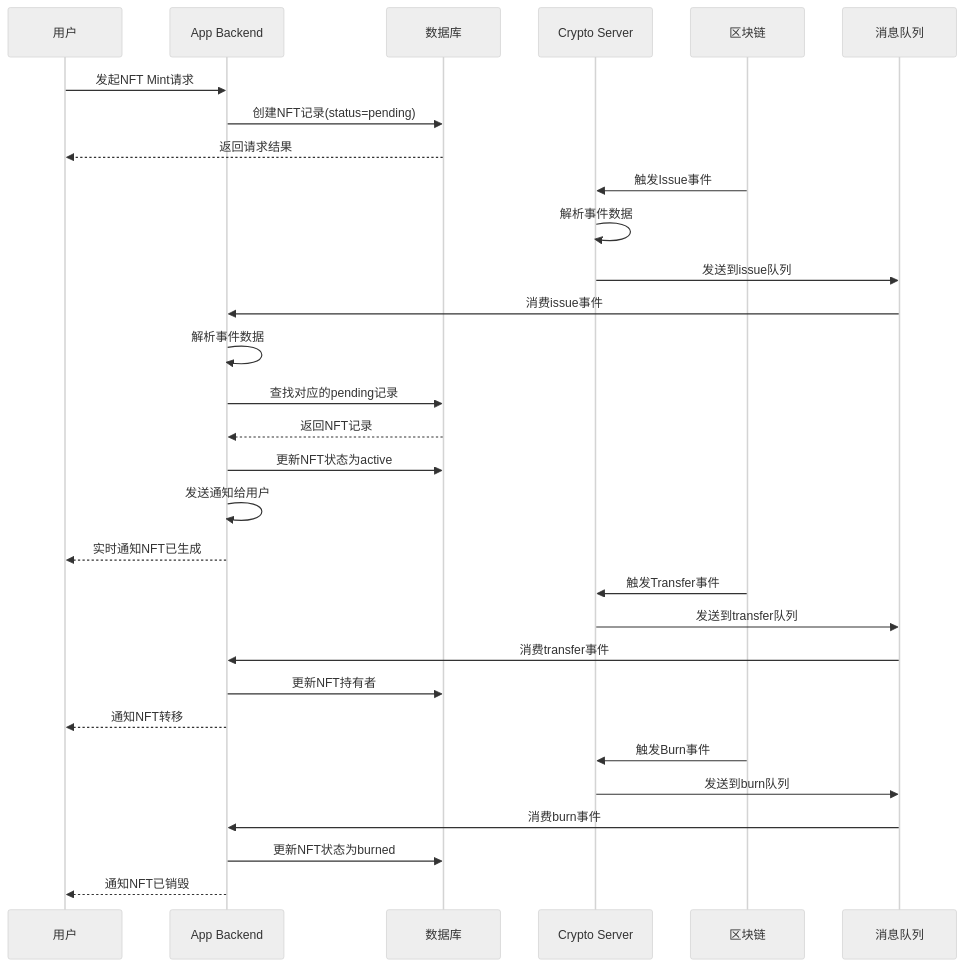
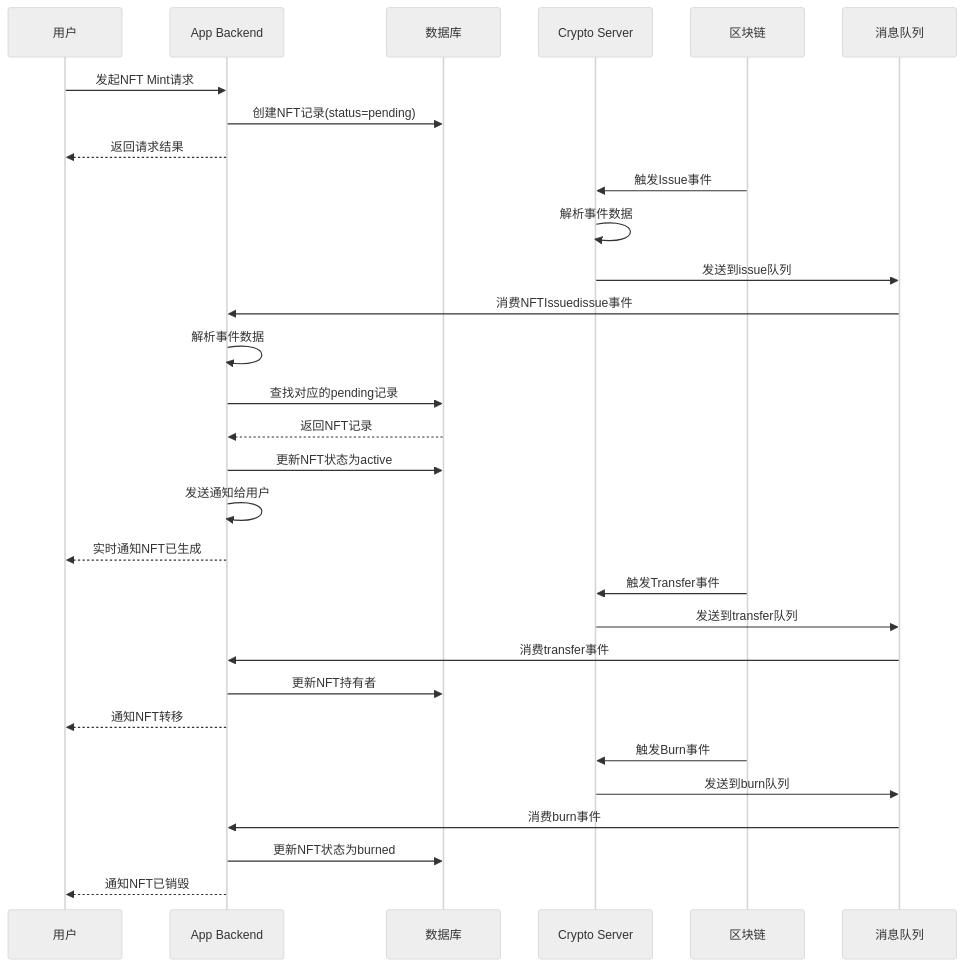
The diagram in all/未命名-71.md (yingjianzh/iodraw-files), drawn with Mermaid (neutral theme) before and after one commit.

Commit message:
2025-07-03 17:22:54 update

````diff
--- a/all/未命名-71.md
+++ b/all/未命名-71.md
@@ -1,42 +1,42 @@
 ```mermaid
 sequenceDiagram
     participant U as 用户
     participant AB as App Backend
     participant DB as 数据库
     participant CS as Crypto Server
     participant BC as 区块链
     participant MQ as 消息队列
     
     %% NFT Mint 流程
     U->>AB: 发起NFT Mint请求
     AB->>DB: 创建NFT记录(status=pending)
-    DB-->>U: 返回请求结果
+    AB-->>U: 返回请求结果
     
     %% 区块链事件监听
     BC->>CS: 触发Issue事件
     CS->>CS: 解析事件数据
     CS->>MQ: 发送到issue队列
     
     %% App Backend 处理
-    MQ->>AB: 消费issue事件
+    MQ->>AB: 消费NFTIssuedissue事件
     AB->>AB: 解析事件数据
     AB->>DB: 查找对应的pending记录
     DB-->>AB: 返回NFT记录
     AB->>DB: 更新NFT状态为active
     AB->>AB: 发送通知给用户
     AB-->>U: 实时通知NFT已生成
     
     %% Transfer 事件处理
     BC->>CS: 触发Transfer事件
     CS->>MQ: 发送到transfer队列
     MQ->>AB: 消费transfer事件
     AB->>DB: 更新NFT持有者
     AB-->>U: 通知NFT转移
     
     %% Burn 事件处理
     BC->>CS: 触发Burn事件
     CS->>MQ: 发送到burn队列
     MQ->>AB: 消费burn事件
     AB->>DB: 更新NFT状态为burned
     AB-->>U: 通知NFT已销毁
 ```
````
